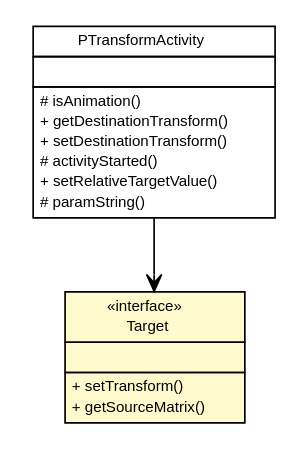
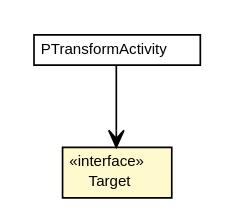
Before and after one commit to google-code-export/piccolo2d: the diagram in site/piccolo2d.java/release-1.3-SNAPSHOT/piccolo2d-core/apidocs/edu/umd/cs/piccolo/activities/PTransformActivity.Target.dot, drawn with Graphviz. The commit also changed 897 other files, not shown here.

```diff
--- a/site/piccolo2d.java/release-1.3-SNAPSHOT/piccolo2d-core/apidocs/edu/umd/cs/piccolo/activities/PTransformActivity.Target.dot
+++ b/site/piccolo2d.java/release-1.3-SNAPSHOT/piccolo2d-core/apidocs/edu/umd/cs/piccolo/activities/PTransformActivity.Target.dot
@@ -1,43 +1,25 @@
 #!/usr/local/bin/dot
 #
 # Class diagram 
 # Generated by UmlGraph version 4.6 (http://www.spinellis.gr/sw/umlgraph)
 #
 
 digraph G {
 	edge [fontname="Helvetica",fontsize=10,labelfontname="Helvetica",labelfontsize=10];
 	node [fontname="Helvetica",fontsize=10,shape=plaintext];
 	// edu.umd.cs.piccolo.activities.PTransformActivity
 	c1600 [label=<<table border="0" cellborder="1" cellspacing="0" cellpadding="2" port="p" href="./PTransformActivity.html">
 		<tr><td><table border="0" cellspacing="0" cellpadding="1">
 			<tr><td> PTransformActivity </td></tr>
 		</table></td></tr>
-		<tr><td><table border="0" cellspacing="0" cellpadding="1">
-			<tr><td align="left">  </td></tr>
-		</table></td></tr>
-		<tr><td><table border="0" cellspacing="0" cellpadding="1">
-			<tr><td align="left"> # isAnimation() </td></tr>
-			<tr><td align="left"> + getDestinationTransform() </td></tr>
-			<tr><td align="left"> + setDestinationTransform() </td></tr>
-			<tr><td align="left"> # activityStarted() </td></tr>
-			<tr><td align="left"> + setRelativeTargetValue() </td></tr>
-			<tr><td align="left"> # paramString() </td></tr>
-		</table></td></tr>
 		</table>>, fontname="Helvetica", fontcolor="black", fontsize=9.0];
 	// edu.umd.cs.piccolo.activities.PTransformActivity.Target
 	c1601 [label=<<table border="0" cellborder="1" cellspacing="0" cellpadding="2" port="p" bgcolor="lemonChiffon" href="./PTransformActivity.Target.html">
 		<tr><td><table border="0" cellspacing="0" cellpadding="1">
 			<tr><td> &laquo;interface&raquo; </td></tr>
 			<tr><td> Target </td></tr>
 		</table></td></tr>
-		<tr><td><table border="0" cellspacing="0" cellpadding="1">
-			<tr><td align="left">  </td></tr>
-		</table></td></tr>
-		<tr><td><table border="0" cellspacing="0" cellpadding="1">
-			<tr><td align="left"> + setTransform() </td></tr>
-			<tr><td align="left"> + getSourceMatrix() </td></tr>
-		</table></td></tr>
 		</table>>, fontname="Helvetica", fontcolor="black", fontsize=9.0];
 	// edu.umd.cs.piccolo.activities.PTransformActivity NAVASSOC edu.umd.cs.piccolo.activities.PTransformActivity.Target
 	c1600:p -> c1601:p [taillabel="", label="", headlabel="", fontname="Helvetica", fontcolor="black", fontsize=10.0, color="black", arrowhead=open];
 }
```
